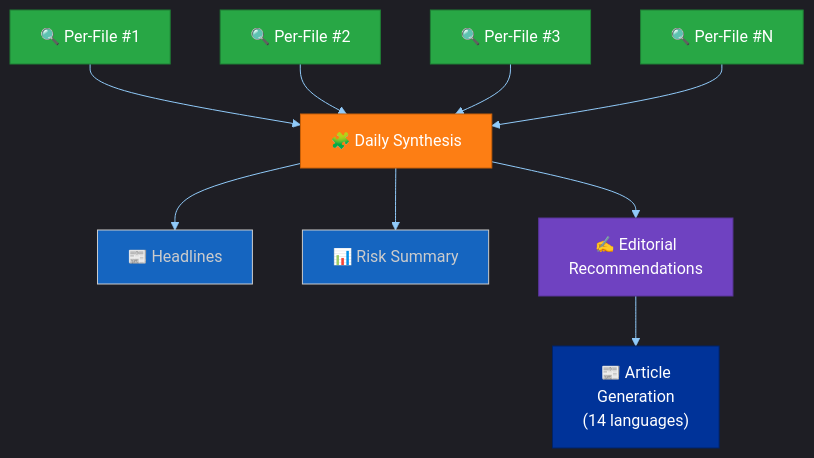
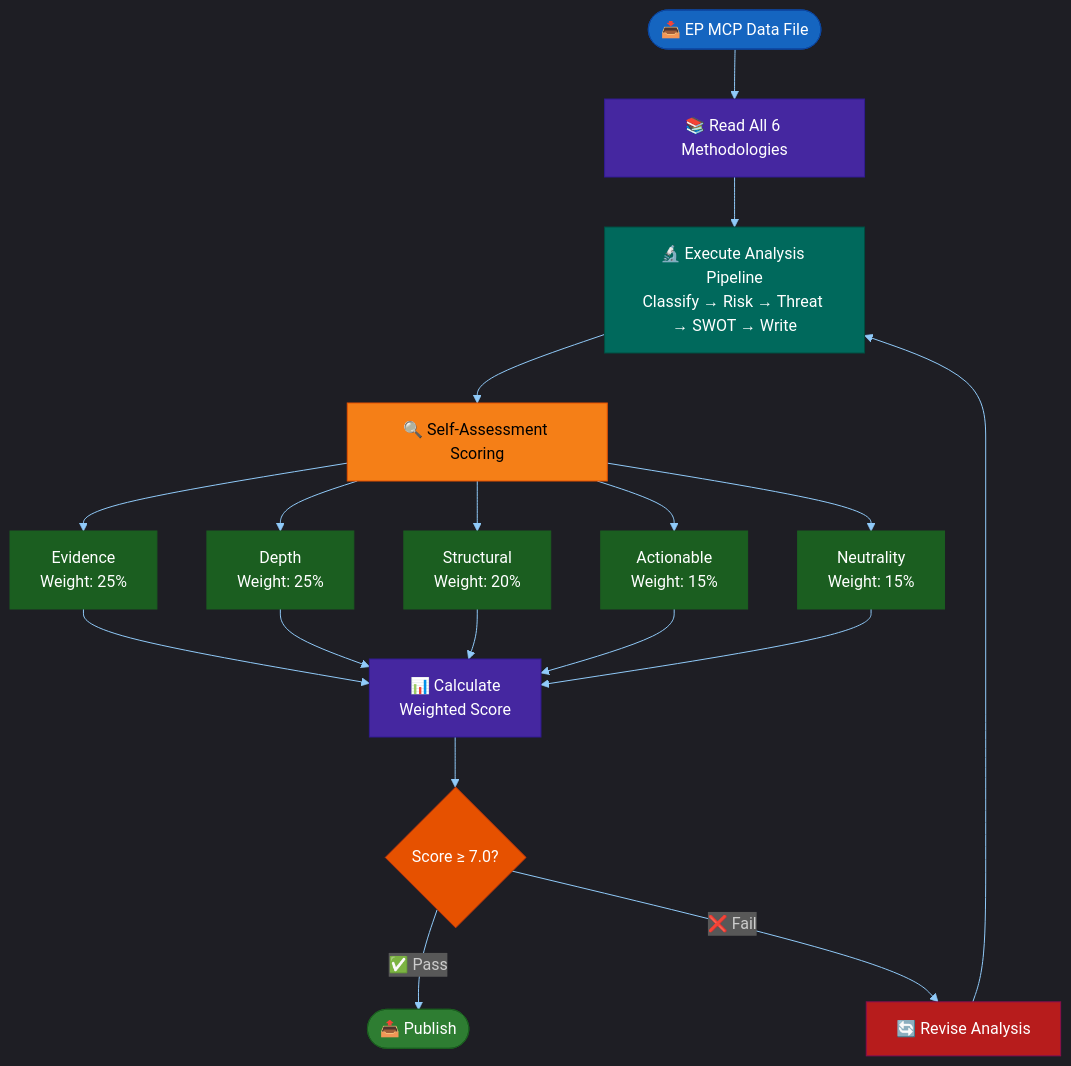
The ninth of 12 diagrams in docs/api/media/README-9.md (Hack23/euparliamentmonitor), drawn with Mermaid before and after one commit. The commit also changed other lines of this file and 1239 other files, not shown here.

````diff
--- a/docs/api/media/README-9.md
+++ b/docs/api/media/README-9.md
@@ -580,20 +631,38 @@
 ```mermaid
 %%{init: {"theme":"dark","themeVariables":{"primaryColor":"#1565C0","primaryTextColor":"#ffffff","primaryBorderColor":"#0A3F7F","lineColor":"#90CAF9","secondaryColor":"#2E7D32","secondaryTextColor":"#ffffff","secondaryBorderColor":"#0F3F00","tertiaryColor":"#FF9800","tertiaryTextColor":"#000000","tertiaryBorderColor":"#7F4F00","mainBkg":"#1565C0","secondBkg":"#2E7D32","tertiaryBkg":"#FF9800","noteBkgColor":"#FFC107","noteTextColor":"#000000","noteBorderColor":"#7F6000","errorBkgColor":"#D32F2F","errorTextColor":"#ffffff","fontFamily":"Inter, Helvetica, Arial, sans-serif","pie1":"#1565C0","pie2":"#2E7D32","pie3":"#FF9800","pie4":"#D32F2F","pie5":"#FFC107","pie6":"#7B1FA2","pie7":"#9E9E9E","pie8":"#0288D1","pie9":"#388E3C","pie10":"#F57C00","pie11":"#C62828","pie12":"#FBC02D","pieTitleTextSize":"18px","pieSectionTextSize":"14px","pieLegendTextSize":"13px","pieStrokeColor":"#1e1e1e","pieOuterStrokeColor":"#1e1e1e","git0":"#1565C0","git1":"#2E7D32","git2":"#FF9800","git3":"#D32F2F","gitBranchLabel0":"#ffffff","gitBranchLabel1":"#ffffff","gitBranchLabel2":"#000000","gitBranchLabel3":"#ffffff","cScale0":"#1565C0","cScale1":"#2E7D32","cScale2":"#FF9800","cScale3":"#D32F2F","cScale4":"#FFC107","cScale5":"#7B1FA2","cScale6":"#9E9E9E","cScale7":"#0288D1","xyChart":{"backgroundColor":"#1e1e1e","plotColorPalette":"#1565C0,#2E7D32,#FF9800,#D32F2F,#FFC107,#7B1FA2,#9E9E9E"}}}}%%
 flowchart TD
-    PF1["🔍 Per-File #1"] --> SYN["🧩 Daily Synthesis"]
-    PF2["🔍 Per-File #2"] --> SYN
-    PF3["🔍 Per-File #3"] --> SYN
-    PFN["🔍 Per-File #N"] --> SYN
-    SYN --> HL["📰 Headlines"]
-    SYN --> RS["📊 Risk Summary"]
-    SYN --> ED["✍️ Editorial<br/>Recommendations"]
-    ED --> ART["📰 Article<br/>Generation<br/>(14 languages)"]
+    Data([📥 EP MCP Data File]) --> Read[📚 Read All 6 Methodologies]
+    Read --> Analyze[🔬 Execute Analysis Pipeline<br/>Classify → Risk → Threat → SWOT → Write]
+    Analyze --> Self[🔍 Self-Assessment Scoring]
 
-    style PF1 fill:#28a745,color:#fff,stroke:#1e7e34
-    style PF2 fill:#28a745,color:#fff,stroke:#1e7e34
-    style PF3 fill:#28a745,color:#fff,stroke:#1e7e34
-    style PFN fill:#28a745,color:#fff,stroke:#1e7e34
-    style SYN fill:#fd7e14,color:#fff,stroke:#c96009
-    style ED fill:#6f42c1,color:#fff,stroke:#59359a
-    style ART fill:#003399,color:#fff,stroke:#002266
+    Self --> E[Evidence<br/>Weight: 25%]
+    Self --> D[Depth<br/>Weight: 25%]
+    Self --> St[Structural<br/>Weight: 20%]
+    Self --> A[Actionable<br/>Weight: 15%]
+    Self --> N[Neutrality<br/>Weight: 15%]
+
+    E --> Calc[📊 Calculate<br/>Weighted Score]
+    D --> Calc
+    St --> Calc
+    A --> Calc
+    N --> Calc
+
+    Calc --> Gate{Score ≥ 7.0?}
+    Gate -->|✅ Pass| Publish([📤 Publish])
+    Gate -->|❌ Fail| Revise[🔄 Revise Analysis]
+    Revise --> Analyze
+
+    style Data fill:#1565C0,stroke:#0D47A1,color:#FFFFFF
+    style Read fill:#4527A0,stroke:#311B92,color:#FFFFFF
+    style Analyze fill:#00695C,stroke:#004D40,color:#FFFFFF
+    style Self fill:#F57F17,stroke:#E65100,color:#000000
+    style E fill:#1B5E20,stroke:#1B5E20,color:#FFFFFF
+    style D fill:#1B5E20,stroke:#1B5E20,color:#FFFFFF
+    style St fill:#1B5E20,stroke:#1B5E20,color:#FFFFFF
+    style A fill:#1B5E20,stroke:#1B5E20,color:#FFFFFF
+    style N fill:#1B5E20,stroke:#1B5E20,color:#FFFFFF
+    style Calc fill:#4527A0,stroke:#311B92,color:#FFFFFF
+    style Gate fill:#E65100,stroke:#BF360C,color:#FFFFFF
+    style Publish fill:#2E7D32,stroke:#1B5E20,color:#FFFFFF
+    style Revise fill:#B71C1C,stroke:#880E4F,color:#FFFFFF
 ```
````
